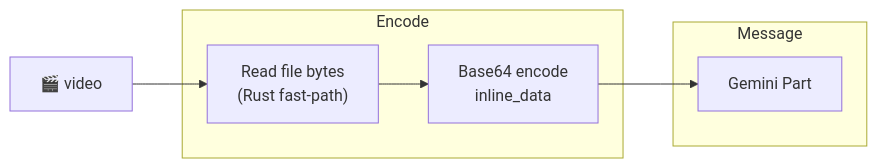
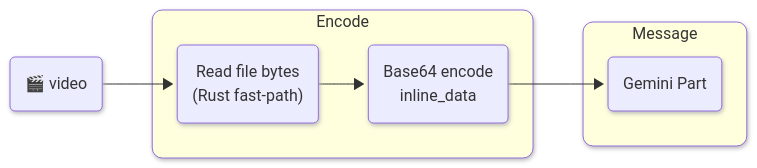
The ninth of 17 diagrams in docs/ENCODERS.md (vlm-run/mm), drawn with Mermaid before and after one commit. The commit also changed other lines of this file and 1 other file, not shown here.

````diff
--- a/docs/ENCODERS.md
+++ b/docs/ENCODERS.md
@@ -222,15 +246,18 @@
 ```mermaid
+%%{init: {'look': 'neo'} }%%
 graph LR
-  video["🎬 video"]
+  video("🎬 video")
 
   subgraph encode ["Encode"]
-    read["Read file bytes\n(Rust fast-path)"]
-    b64["Base64 encode\ninline_data"]
+    read("Read file bytes\n(Rust fast-path)")
+    b64("Base64 encode\ninline_data")
   end
 
   subgraph message ["Message"]
-    msg["Gemini Part"]
+    msg("Gemini Part")
   end
 
   video --> read --> b64 --> msg
+  style encode rx:10px,ry:10px
+  style message rx:10px,ry:10px
 ```
````
